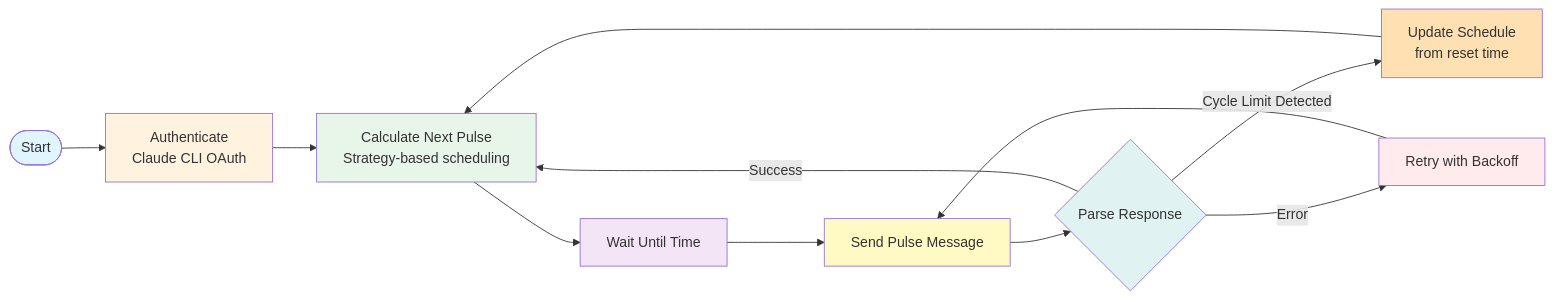
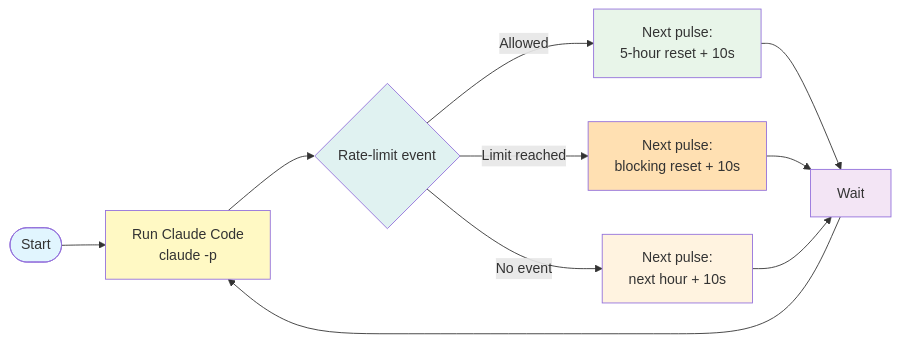
Before and after one commit to substance0/claudepulse: the first of 8 diagrams in docs/workflow-diagrams.md, drawn with Mermaid. The commit also changed other lines of this file and 5 other files, not shown here.

First line of the commit message:
docs: document window-driven scheduling and drop the data volume

````diff
--- a/docs/workflow-diagrams.md
+++ b/docs/workflow-diagrams.md
@@ -9,22 +9,20 @@
 ```mermaid
 graph LR
-    Start([Start]) --> Auth[Authenticate<br/>Claude CLI OAuth]
-    Auth --> Schedule[Calculate Next Pulse<br/>Strategy-based scheduling]
-    Schedule --> Wait[Wait Until Time]
-    Wait --> Send[Send Pulse Message]
-    Send --> Parse{Parse Response}
-    Parse -->|Success| Schedule
-    Parse -->|Cycle Limit Detected| UpdateSchedule[Update Schedule<br/>from reset time]
-    Parse -->|Error| Retry[Retry with Backoff]
-    UpdateSchedule --> Schedule
-    Retry --> Send
+    Start([Start]) --> Pulse[Run Claude Code<br/>claude -p]
+    Pulse --> Read{Rate-limit event}
+    Read -->|Allowed| Window[Next pulse:<br/>5-hour reset + 10s]
+    Read -->|Limit reached| Blocked[Next pulse:<br/>blocking reset + 10s]
+    Read -->|No event| Hourly[Next pulse:<br/>next hour + 10s]
+    Window --> Wait[Wait]
+    Blocked --> Wait
+    Hourly --> Wait
+    Wait --> Pulse
 
     style Start fill:#e1f5fe
-    style Auth fill:#fff3e0
-    style Schedule fill:#e8f5e9
+    style Pulse fill:#fff9c4
+    style Read fill:#e0f2f1
+    style Window fill:#e8f5e9
+    style Blocked fill:#ffe0b2
+    style Hourly fill:#fff3e0
     style Wait fill:#f3e5f5
-    style Send fill:#fff9c4
-    style Parse fill:#e0f2f1
-    style UpdateSchedule fill:#ffe0b2
-    style Retry fill:#ffebee
 ```
````
